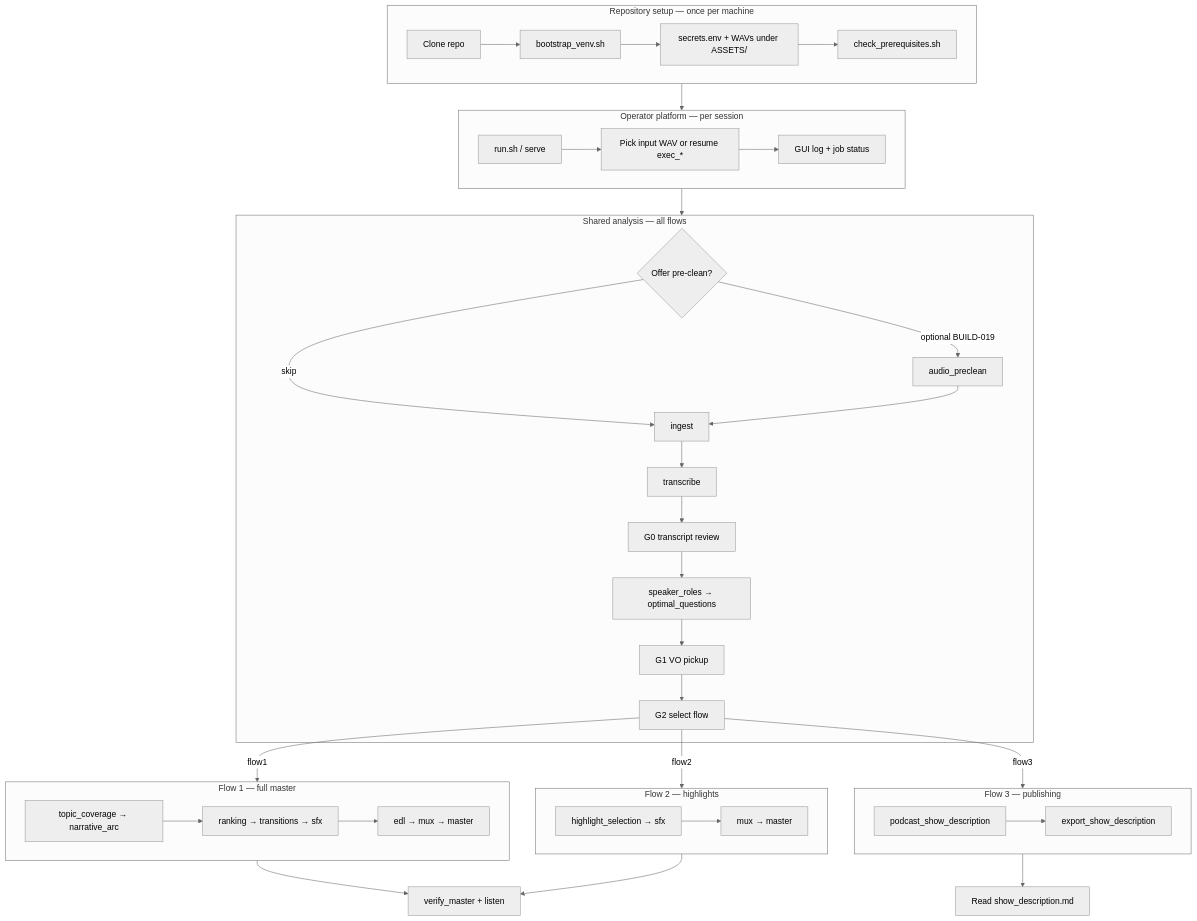
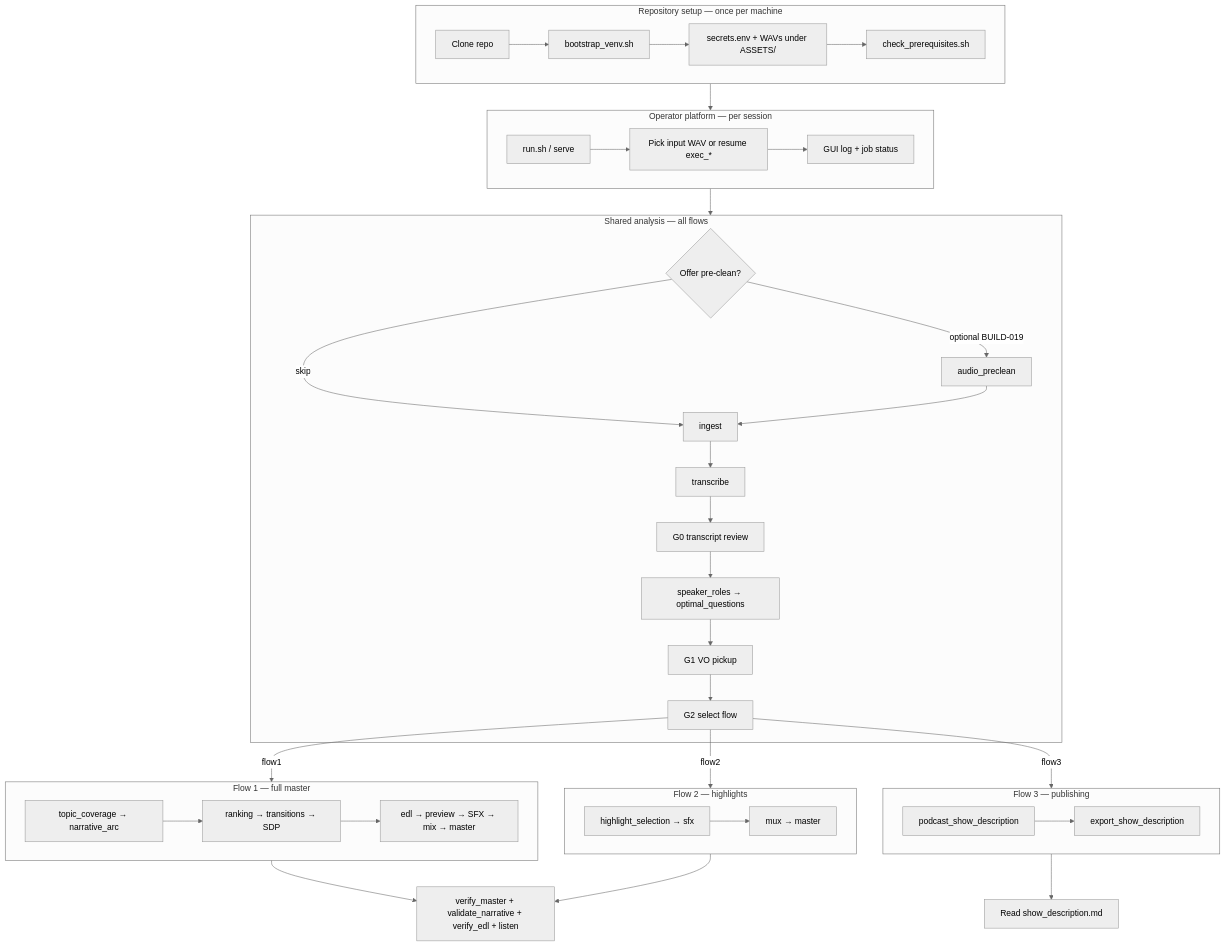
The diagram in docs/build-out/full-application-flow.md (NicketUttarwar/interview_helper_mux), drawn with Mermaid (neutral theme) before and after one commit. The commit also changed other lines of this file and 133 other files, not shown here.

````diff
--- a/docs/build-out/full-application-flow.md
+++ b/docs/build-out/full-application-flow.md
@@ -9,57 +9,57 @@
 ```mermaid
 flowchart TB
   subgraph setup [Repository setup — once per machine]
     S1[Clone repo]
     S2[bootstrap_venv.sh]
     S3[secrets.env + WAVs under ASSETS/]
     S4[check_prerequisites.sh]
     S1 --> S2 --> S3 --> S4
   end
 
   subgraph platform [Operator platform — per session]
     P1[run.sh / serve]
     P2[Pick input WAV or resume exec_*]
     P3[GUI log + job status]
     P1 --> P2 --> P3
   end
 
   subgraph shared [Shared analysis — all flows]
     A0{Offer pre-clean?}
     A0 -->|optional BUILD-019| A0b[audio_preclean]
     A0 -->|skip| A1[ingest]
     A0b --> A1
     A1 --> A2[transcribe]
     A2 --> G0[G0 transcript review]
     G0 --> A3[speaker_roles → optimal_questions]
     A3 --> G1[G1 VO pickup]
     G1 --> G2[G2 select flow]
   end
 
   subgraph f1 [Flow 1 — full master]
     F1a[topic_coverage → narrative_arc]
-    F1b[ranking → transitions → sfx]
-    F1c[edl → mux → master]
+    F1b[ranking → transitions → SDP]
+    F1c[edl → preview → SFX → mix → master]
     F1a --> F1b --> F1c
   end
 
   subgraph f2 [Flow 2 — highlights]
     F2a[highlight_selection → sfx]
     F2b[mux → master]
     F2a --> F2b
   end
 
   subgraph f3 [Flow 3 — publishing]
     F3a[podcast_show_description]
     F3b[export_show_description]
     F3a --> F3b
   end
 
   setup --> platform
   platform --> shared
   G2 -->|flow1| f1
   G2 -->|flow2| f2
   G2 -->|flow3| f3
-  f1 --> QA[verify_master + listen]
+  f1 --> QA[verify_master + validate_narrative + verify_edl + listen]
   f2 --> QA
   f3 --> TXT[Read show_description.md]
 ```
````
